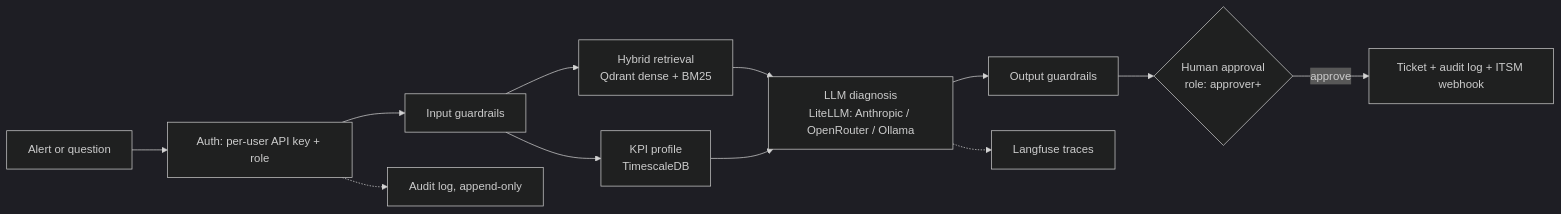
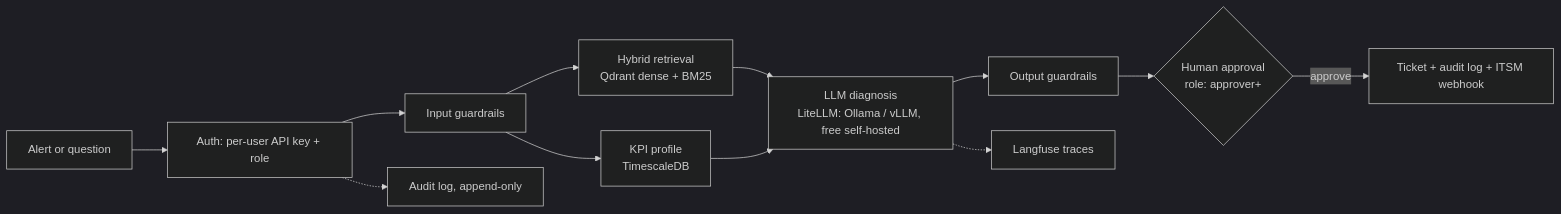
One commit to mohamed-amin-ai/telecom-ops-ai-assistant changed the diagram in README.md. Above: the diagram before and after it, drawn with Mermaid (dark theme). The commit also changed other lines of this file and 11 other files, not shown here.

First line of the commit message:
Use self-hosted models only

````diff
--- a/README.md
+++ b/README.md
@@ -9,14 +9,14 @@
 ```mermaid
 flowchart LR
   A[Alert or question] --> AU[Auth: per-user API key + role]
   AU --> G[Input guardrails]
   G --> R[Hybrid retrieval<br/>Qdrant dense + BM25]
   G --> K[KPI profile<br/>TimescaleDB]
-  R --> D[LLM diagnosis<br/>LiteLLM: Anthropic / OpenRouter / Ollama]
+  R --> D[LLM diagnosis<br/>LiteLLM: Ollama / vLLM, free self-hosted]
   K --> D
   D --> O[Output guardrails]
   O --> H{Human approval<br/>role: approver+}
   H -->|approve| T[Ticket + audit log + ITSM webhook]
   D -.-> L[Langfuse traces]
   AU -.-> AL[Audit log, append-only]
 ```
````
